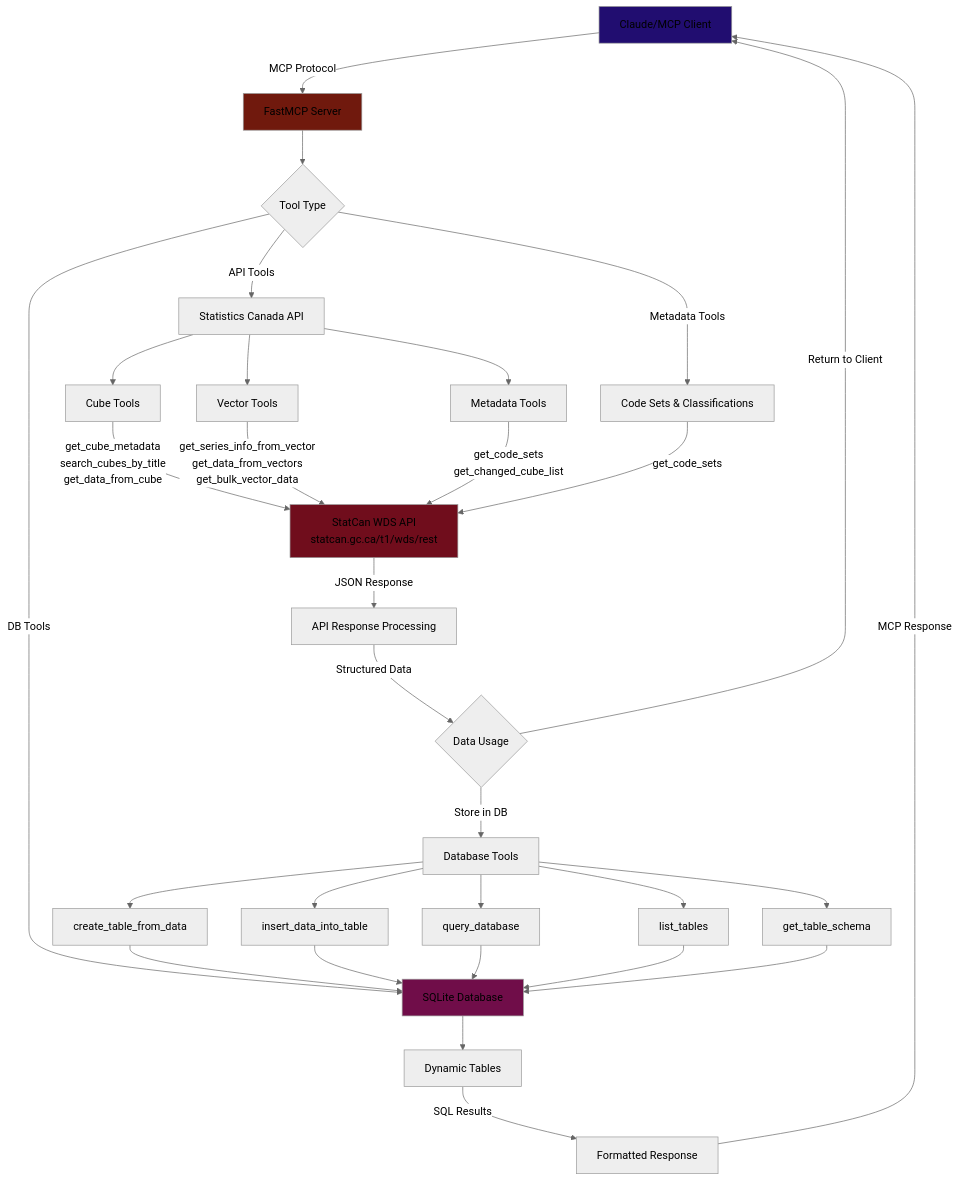
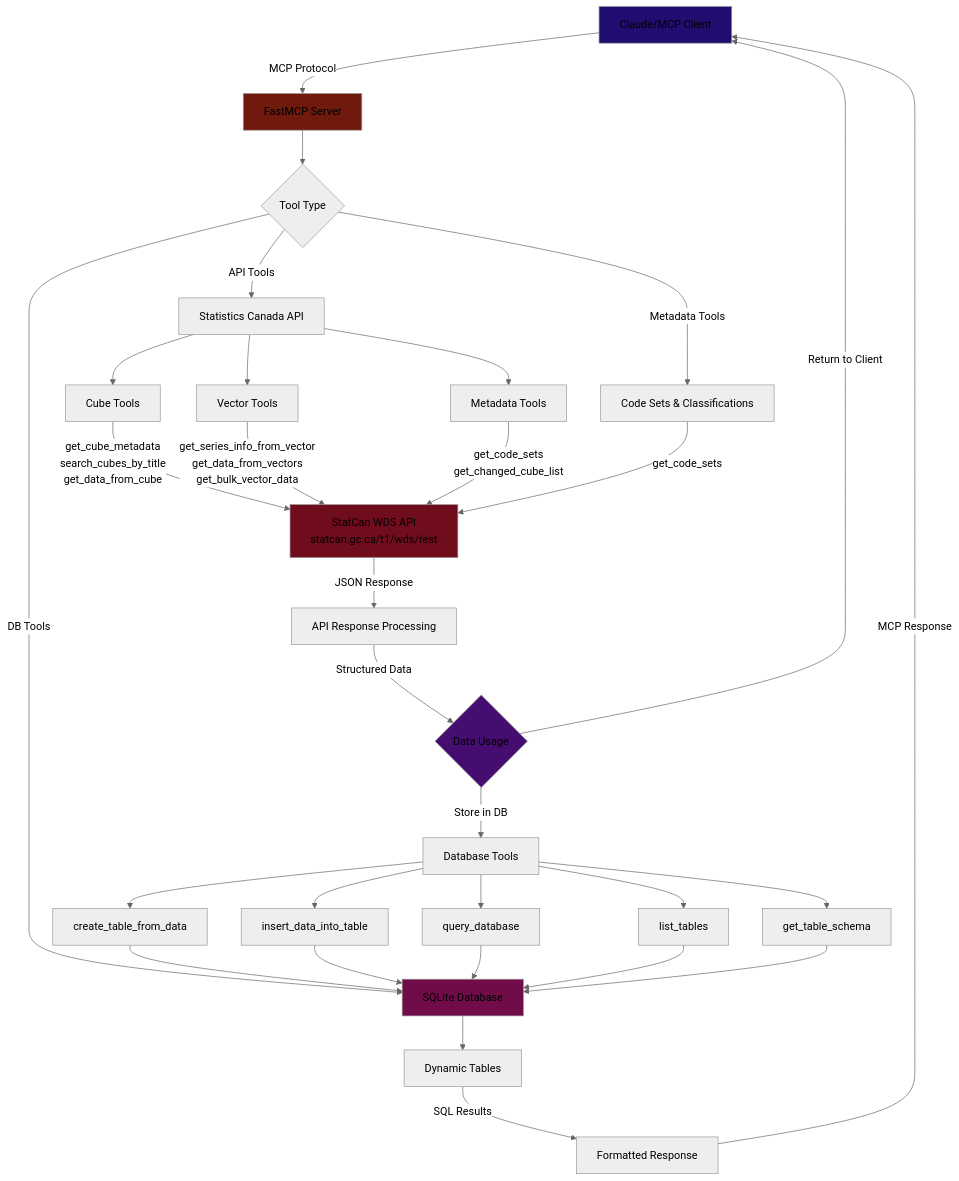
Before and after one commit to Aryan-Jhaveri/mcp-statcan: the diagram in IMPLEMENTATIONS.md, drawn with Mermaid (neutral theme).

Commit message:
Updated mermaid chart IMPLEMENTATIONS.md

````diff
--- a/IMPLEMENTATIONS.md
+++ b/IMPLEMENTATIONS.md
@@ -19,46 +19,47 @@
 ```mermaid
 flowchart TD
     A[Claude/MCP Client] -->|MCP Protocol| B[FastMCP Server]
     
     B --> C{Tool Type}
     C -->|API Tools| D[Statistics Canada API]
     C -->|DB Tools| E[SQLite Database]
     C -->|Metadata Tools| F[Code Sets & Classifications]
     
     D --> G[Cube Tools]
     D --> H[Vector Tools]
     D --> I[Metadata Tools]
     
     G -->|get_cube_metadata<br/>search_cubes_by_title<br/>get_data_from_cube| J[StatCan WDS API<br/>statcan.gc.ca/t1/wds/rest]
     H -->|get_series_info_from_vector<br/>get_data_from_vectors<br/>get_bulk_vector_data| J
     I -->|get_code_sets<br/>get_changed_cube_list| J
     
     J -->|JSON Response| K[API Response Processing]
     K -->|Structured Data| L{Data Usage}
     L -->|Return to Client| A
     L -->|Store in DB| M[Database Tools]
     
     M --> N[create_table_from_data]
     M --> O[insert_data_into_table] 
     M --> P[query_database]
     M --> Q[list_tables]
     M --> R[get_table_schema]
     
     N --> E
     O --> E
     P --> E
     Q --> E
     R --> E
     
     E --> S[Dynamic Tables]
     
     S -->|SQL Results| T[Formatted Response]
     T -->|MCP Response| A
     
     F -->|get_code_sets| J
     
     style A fill:#210d70
     style B fill:#70190d
     style E fill:#700d49
+    style L fill:#450d70
     style J fill:#700d1c
 ```
````
